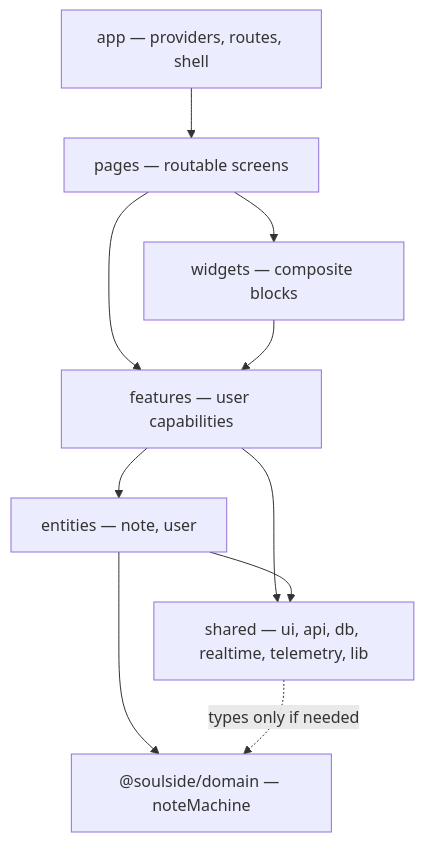
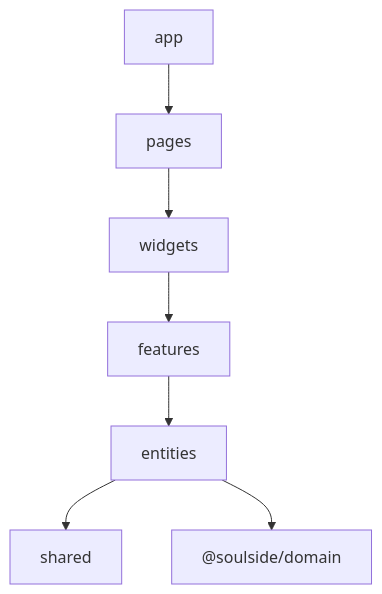
One commit to rickyssj2/cliniq-notes-ai changed the diagram in docs/08-fsd-dependency-map.md. Above: the diagram before and after it, drawn with Mermaid. The commit also changed other lines of this file and 46 other files, not shown here.

````diff
--- a/docs/08-fsd-dependency-map.md
+++ b/docs/08-fsd-dependency-map.md
@@ -10,20 +53,5 @@
 ```mermaid
 flowchart TB
-  app[app — providers, routes, shell]
-  pages[pages — routable screens]
-  widgets[widgets — composite blocks]
-  features[features — user capabilities]
-  entities[entities — note, user]
-  shared[shared — ui, api, db, realtime, telemetry, lib]
-  domain["@soulside/domain — noteMachine"]
-
-  app --> pages
-  pages --> widgets
-  pages --> features
-  widgets --> features
-  features --> entities
-  features --> shared
-  entities --> shared
-  entities --> domain
-  shared -.->|types only if needed| domain
+  app --> pages --> widgets --> features --> entities --> shared
+  entities --> domain["@soulside/domain"]
 ```
````
